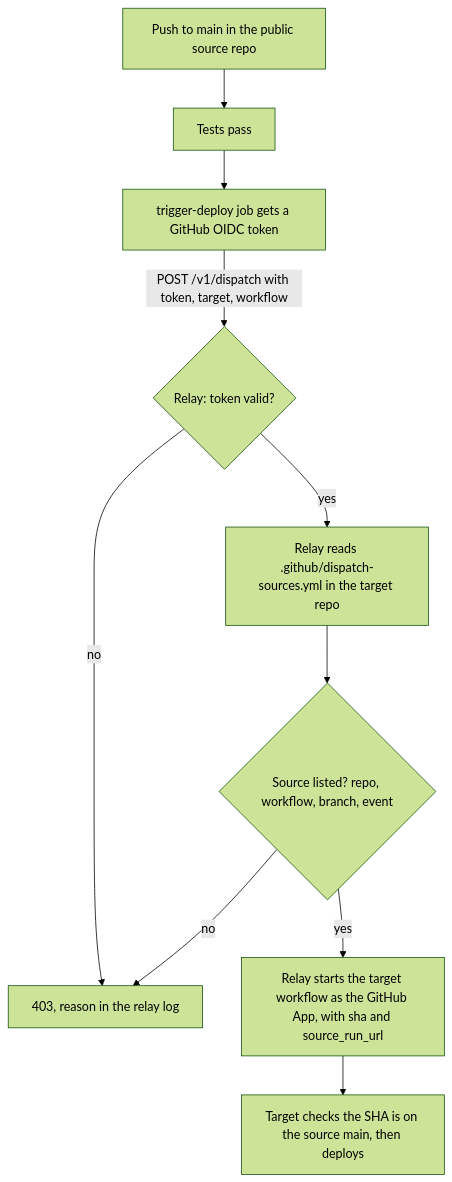
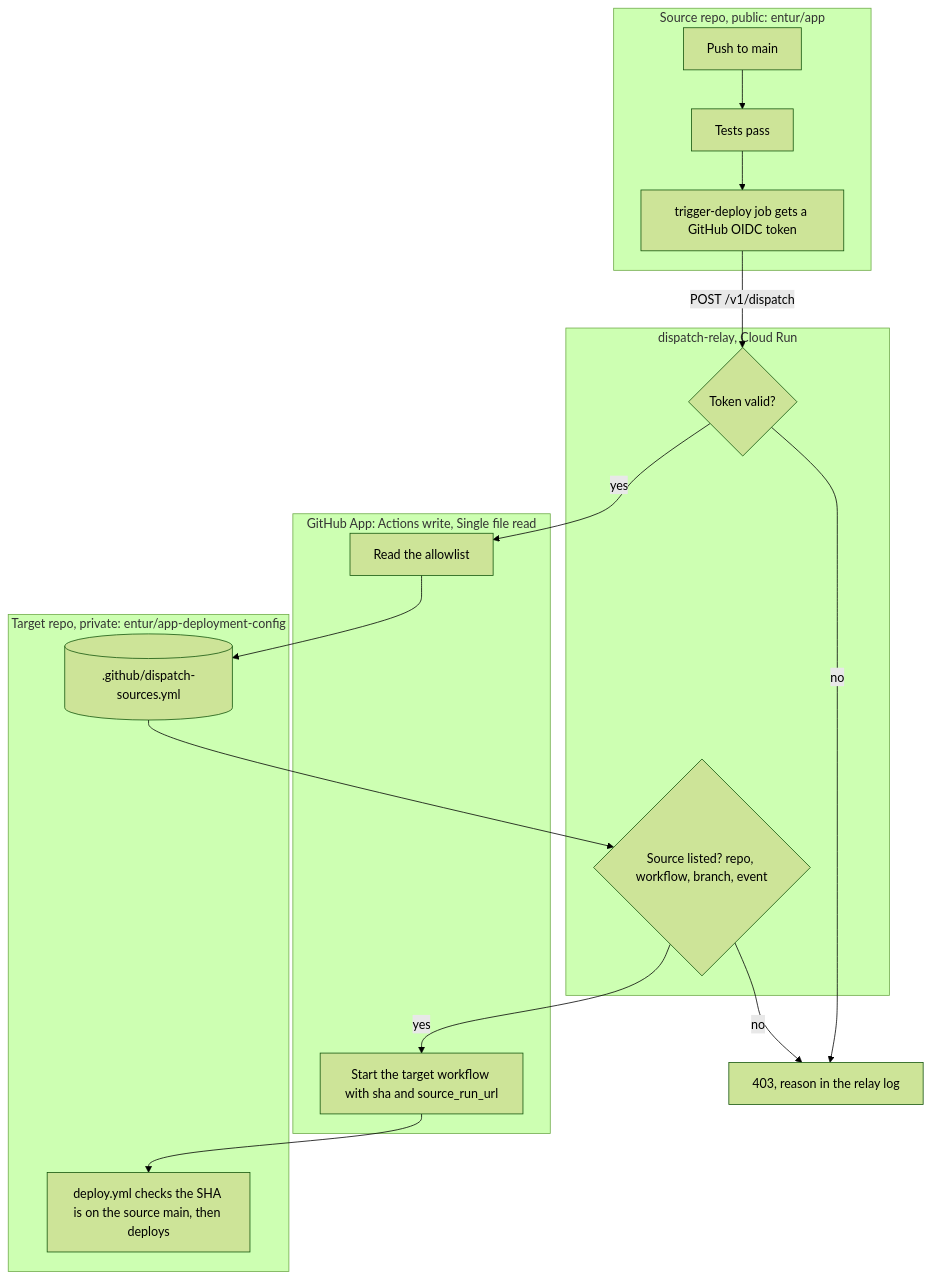
The diagram in README.md (entur/dispatch-relay), drawn with Mermaid (forest theme) before and after one commit.

Commit message:
Show repos and app in the flowchart

````diff
--- a/README.md
+++ b/README.md
@@ -8,12 +8,27 @@
 ```mermaid
 flowchart TD
-    A[Push to main in the public source repo] --> B[Tests pass]
-    B --> C[trigger-deploy job gets a GitHub OIDC token]
-    C -->|POST /v1/dispatch with token, target, workflow| D{Relay: token valid?}
+    subgraph src["Source repo, public: entur/app"]
+        A[Push to main] --> B[Tests pass]
+        B --> C[trigger-deploy job gets a GitHub OIDC token]
+    end
+    subgraph relay["dispatch-relay, Cloud Run"]
+        D{Token valid?}
+        F{Source listed? repo, workflow, branch, event}
+    end
+    subgraph app["GitHub App: Actions write, Single file read"]
+        E[Read the allowlist]
+        G[Start the target workflow with sha and source_run_url]
+    end
+    subgraph tgt["Target repo, private: entur/app-deployment-config"]
+        M[(.github/dispatch-sources.yml)]
+        H[deploy.yml checks the SHA is on the source main, then deploys]
+    end
+    C -->|POST /v1/dispatch| D
     D -->|no| X[403, reason in the relay log]
-    D -->|yes| E[Relay reads .github/dispatch-sources.yml in the target repo]
-    E --> F{Source listed? repo, workflow, branch, event}
+    D -->|yes| E
+    E --> M
+    M --> F
     F -->|no| X
-    F -->|yes| G[Relay starts the target workflow as the GitHub App, with sha and source_run_url]
-    G --> H[Target checks the SHA is on the source main, then deploys]
+    F -->|yes| G
+    G --> H
 ```
````
